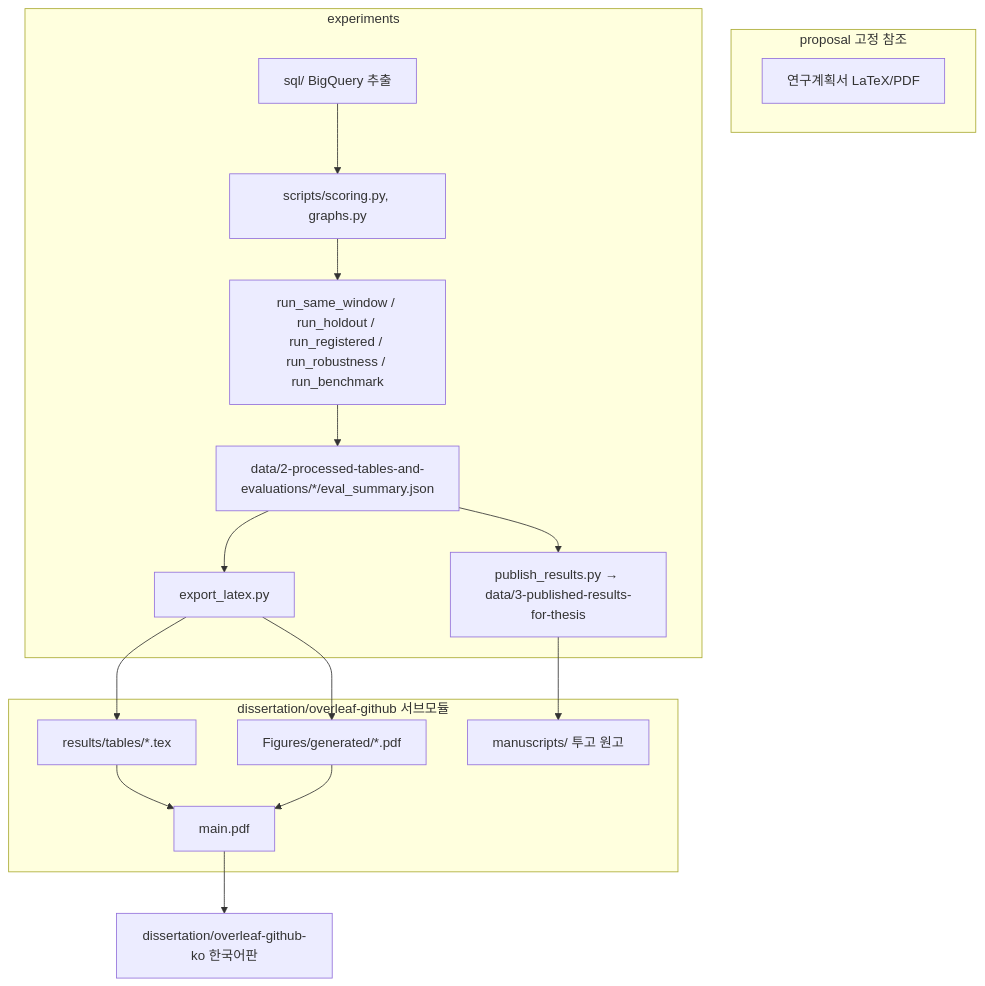
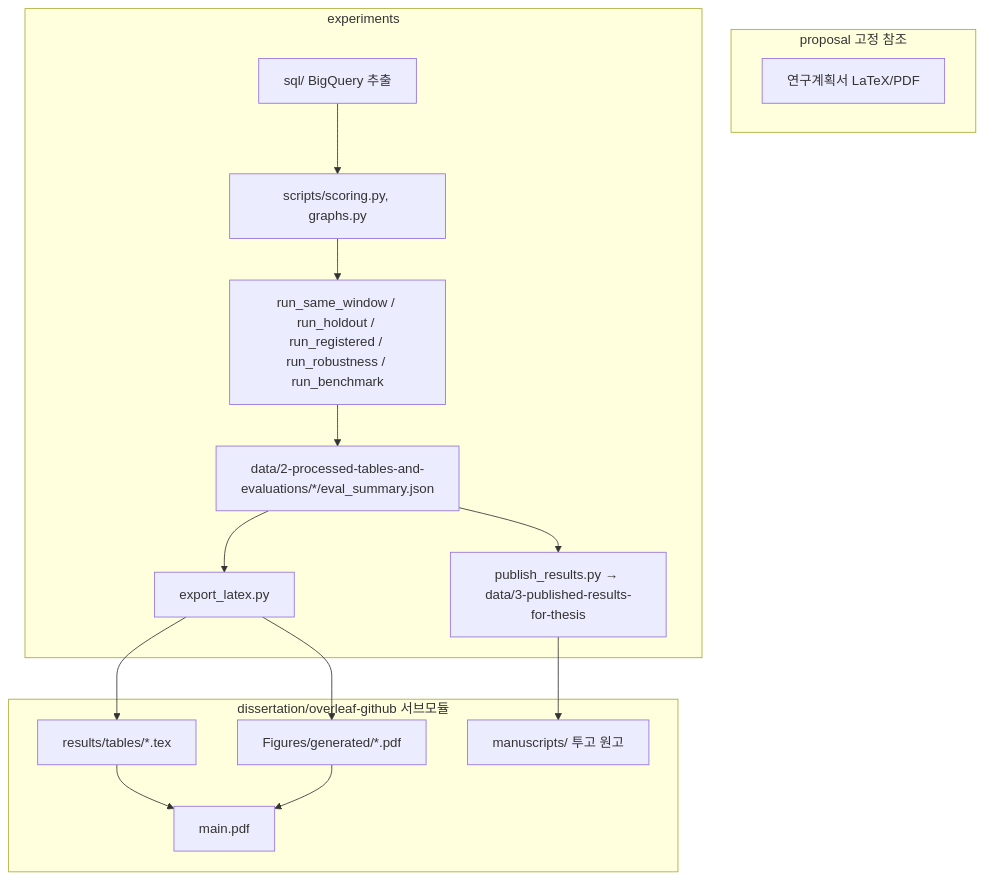
One commit to abitocodes/phd_works changed the diagram in README.md. Above: the diagram before and after it, drawn with Mermaid. The commit also changed other lines of this file and 72 other files, not shown here.

First line of the commit message:
docs: 한국어 번역본 overleaf-github-ko를 지우고 안내 문서에서 그 경로를 뺀다

````diff
--- a/README.md
+++ b/README.md
@@ -41,28 +40,26 @@
 ```mermaid
 flowchart TB
   subgraph proposal [proposal 고정 참조]
     propLaTeX[연구계획서 LaTeX/PDF]
   end
   subgraph code [experiments]
     sql[sql/ BigQuery 추출]
     score[scripts/scoring.py, graphs.py]
     eval[run_same_window / run_holdout / run_registered / run_robustness / run_benchmark]
     json[data/2-processed-tables-and-evaluations/*/eval_summary.json]
     pub[publish_results.py → data/3-published-results-for-thesis]
     export[export_latex.py]
   end
   subgraph draft [dissertation/overleaf-github 서브모듈]
     tables[results/tables/*.tex]
     figs[Figures/generated/*.pdf]
     pdf[main.pdf]
     ms[manuscripts/ 투고 원고]
   end
-  ko[dissertation/overleaf-github-ko 한국어판]
   sql --> score --> eval --> json --> pub
   json --> export --> tables
   export --> figs
   tables --> pdf
   figs --> pdf
-  pdf --> ko
   pub --> ms
 ```
````
